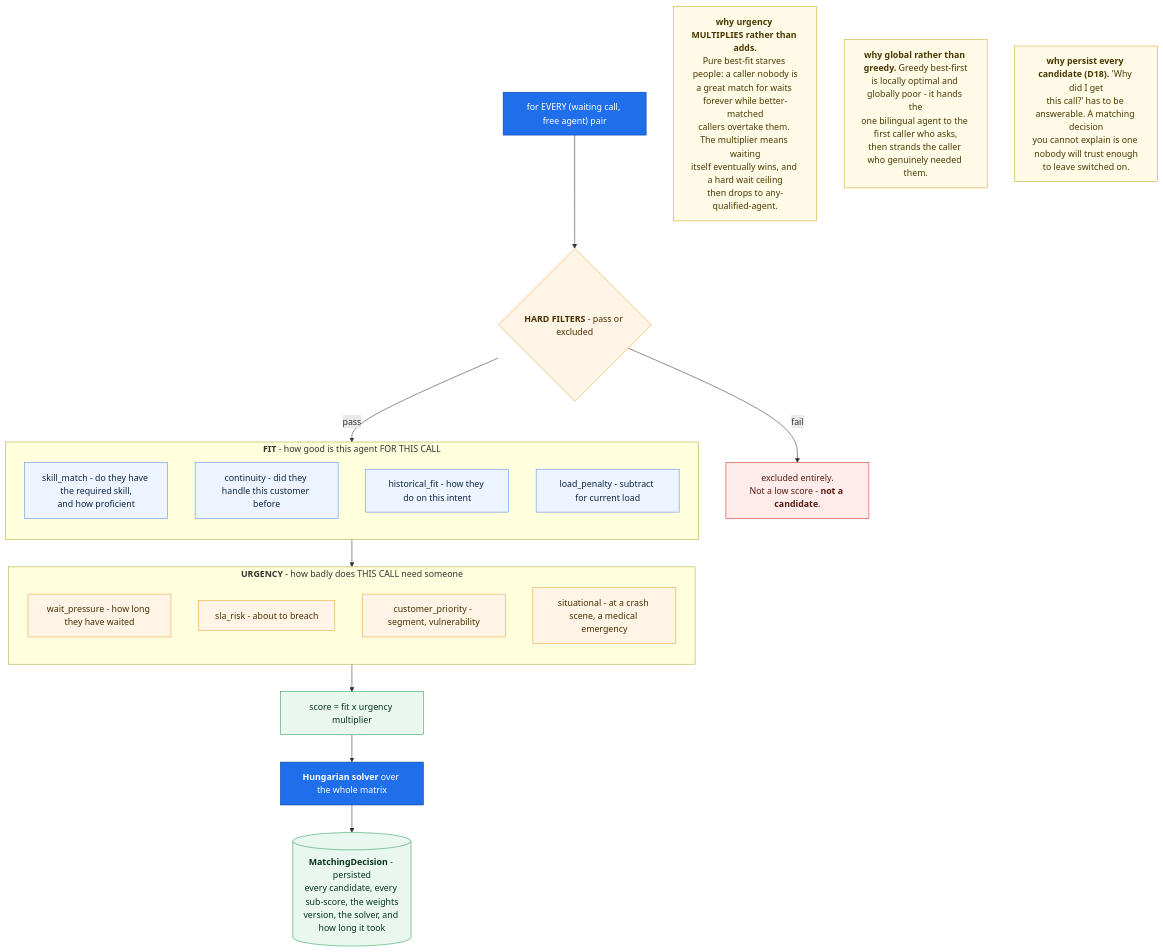
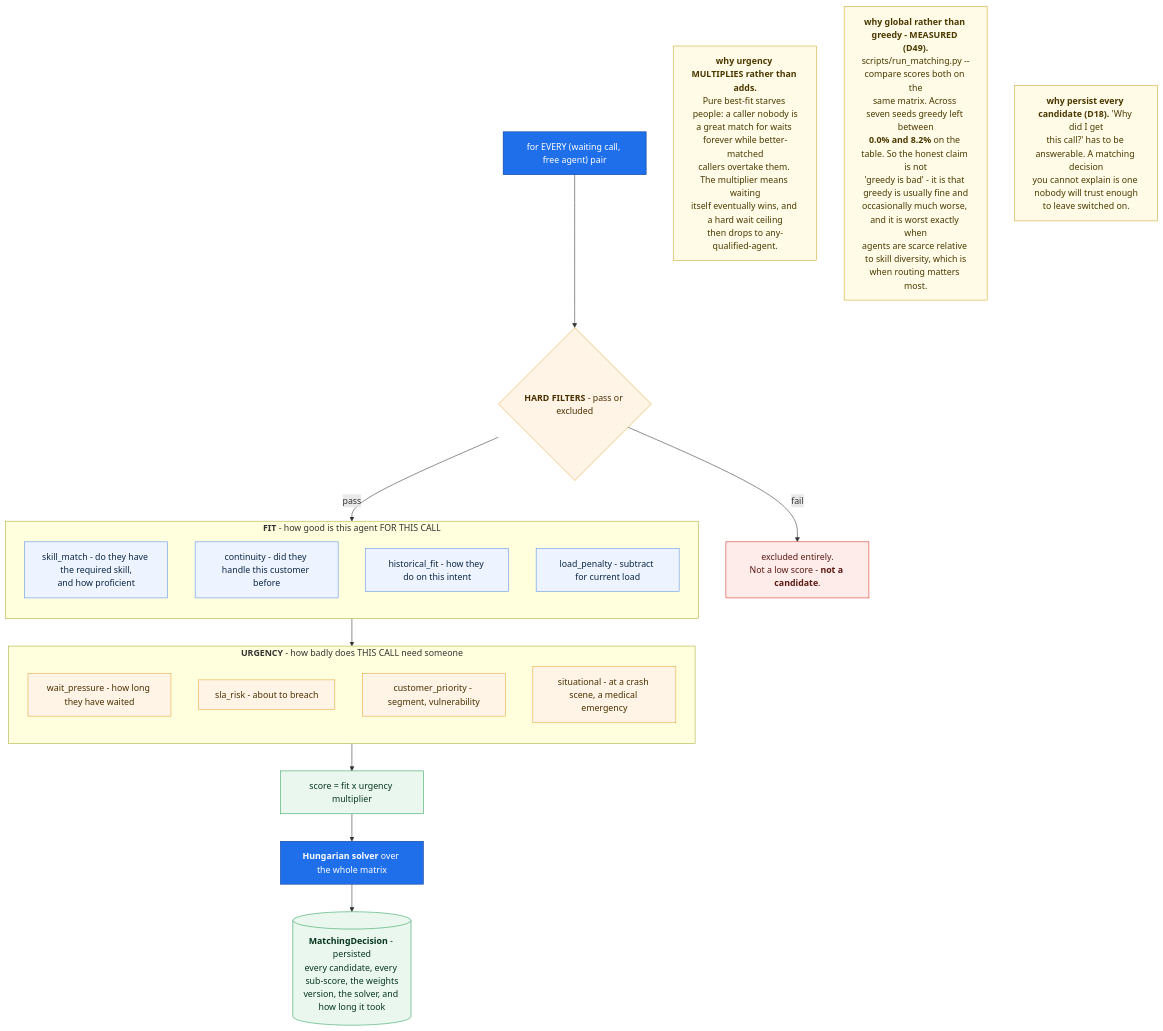
One commit to anakom-suvonvorn/Krungsri-ReadyCall changed the diagram in docs/diagrams/src/matching_scoring.mmd. Above: the diagram before and after it, drawn with Mermaid. The commit also changed 23 other files, not shown here.

First line of the commit message:
p2a: the matching engine - explainable assignment, and a measured solver claim

```diff
--- a/docs/diagrams/src/matching_scoring.mmd
+++ b/docs/diagrams/src/matching_scoring.mmd
@@ -1,44 +1,44 @@
 %% HANDWRITTEN. Checked against ARCHITECTURE.md S8 + D22 + D23 + FitBreakdown model
 flowchart TB
     PAIR["for EVERY (waiting call, free agent) pair"]:::in
 
     PAIR --> HARD{"<b>HARD FILTERS</b> - pass or excluded"}:::gate
     HARD -- fail --> OUT["excluded entirely.<br/>Not a low score - <b>not a candidate</b>."]:::bad
     HARD -- pass --> FIT
 
     subgraph FIT["<b>FIT</b> - how good is this agent FOR THIS CALL"]
         direction TB
         F1["skill_match - do they have the required skill,<br/>and how proficient"]:::f
         F2["continuity - did they handle this customer before"]:::f
         F3["historical_fit - how they do on this intent"]:::f
         F4["load_penalty - subtract for current load"]:::f
     end
 
     FIT --> URG
     subgraph URG["<b>URGENCY</b> - how badly does THIS CALL need someone"]
         direction TB
         U1["wait_pressure - how long they have waited"]:::u
         U2["sla_risk - about to breach"]:::u
         U3["customer_priority - segment, vulnerability"]:::u
         U4["situational - at a crash scene, a medical emergency"]:::u
     end
 
     URG --> SCORE["score = fit x urgency multiplier"]:::score
     SCORE --> SOLVE["<b>Hungarian solver</b> over the whole matrix"]:::solve
     SOLVE --> DEC[("<b>MatchingDecision</b> - persisted<br/>every candidate, every sub-score, the weights<br/>version, the solver, and how long it took")]:::store
 
     WHY1["<b>why urgency MULTIPLIES rather than adds.</b><br/>Pure best-fit starves people: a caller nobody is<br/>a great match for waits forever while better-matched<br/>callers overtake them. The multiplier means waiting<br/>itself eventually wins, and a hard wait ceiling<br/>then drops to any-qualified-agent."]:::note
 
-    WHY2["<b>why global rather than greedy.</b> Greedy best-first<br/>is locally optimal and globally poor - it hands the<br/>one bilingual agent to the first caller who asks,<br/>then strands the caller who genuinely needed them."]:::note
+    WHY2["<b>why global rather than greedy - MEASURED (D49).</b><br/>scripts/run_matching.py --compare scores both on the<br/>same matrix. Across seven seeds greedy left between<br/><b>0.0% and 8.2%</b> on the table. So the honest claim is not<br/>'greedy is bad' - it is that greedy is usually fine and<br/>occasionally much worse, and it is worst exactly when<br/>agents are scarce relative to skill diversity, which is<br/>when routing matters most."]:::note
 
     WHY3["<b>why persist every candidate (D18).</b> 'Why did I get<br/>this call?' has to be answerable. A matching decision<br/>you cannot explain is one nobody will trust enough<br/>to leave switched on."]:::note
 
     classDef in fill:#1f6feb,stroke:#0b3d91,color:#fff
     classDef gate fill:#fff4e6,stroke:#e8a33d,color:#4a2f00
     classDef bad fill:#fdecea,stroke:#d93025,color:#5c1a13
     classDef f fill:#eef4ff,stroke:#5b8def,color:#0b2545
     classDef u fill:#fff4e6,stroke:#e8a33d,color:#4a2f00
     classDef score fill:#e9f7ef,stroke:#2f9e5f,color:#08361d
     classDef solve fill:#1f6feb,stroke:#0b3d91,color:#fff
     classDef store fill:#e9f7ef,stroke:#2f9e5f,color:#08361d
     classDef note fill:#fffbe6,stroke:#d4a72c,color:#4a3800
```
